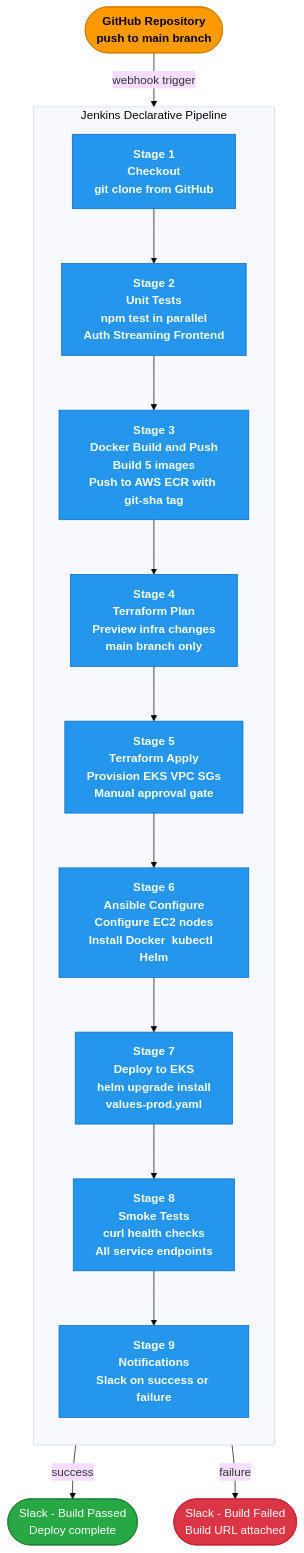
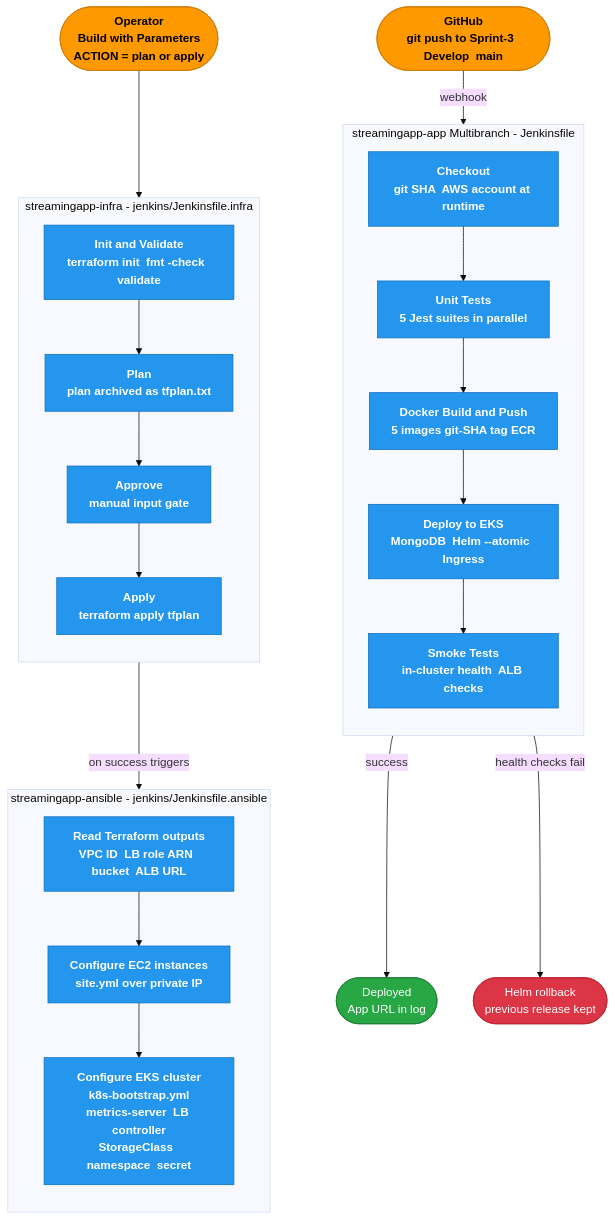
One commit to ApoorvaD90/StreamingApp changed the second of 4 diagrams in README.md. Above: the diagram before and after it, drawn with Mermaid (base theme). The commit also changed other lines of this file, not shown here.

````diff
--- a/README.md
+++ b/README.md
@@ -152,34 +151,48 @@
 ```mermaid
 flowchart TD
-    GH([GitHub Repository\npush to main branch])
+    OP([Operator\nBuild with Parameters\nACTION = plan or apply])
+    GH([GitHub\ngit push to Sprint-3  Develop  main])
 
-    GH -->|webhook trigger| S1
-
-    subgraph PIPE[Jenkins Declarative Pipeline]
+    subgraph INFRA[streamingapp-infra  -  jenkins/Jenkinsfile.infra]
         direction TB
-        S1[Stage 1\nCheckout\ngit clone from GitHub]
-        S2[Stage 2\nUnit Tests\nnpm test in parallel\nAuth  Streaming  Frontend]
-        S3[Stage 3\nDocker Build and Push\nBuild 5 images\nPush to AWS ECR with git-sha tag]
-        S4[Stage 4\nTerraform Plan\nPreview infra changes\nmain branch only]
-        S5[Stage 5\nTerraform Apply\nProvision EKS  VPC  SGs\nManual approval gate]
-        S6[Stage 6\nAnsible Configure\nConfigure EC2 nodes\nInstall Docker  kubectl  Helm]
-        S7[Stage 7\nDeploy to EKS\nhelm upgrade  install\nvalues-prod.yaml]
-        S8[Stage 8\nSmoke Tests\ncurl health checks\nAll service endpoints]
-        S9[Stage 9\nNotifications\nSlack on success or failure]
-
-        S1 --> S2 --> S3 --> S4 --> S5 --> S6 --> S7 --> S8 --> S9
+        I1[Init and Validate\nterraform init  fmt -check  validate]
+        I2[Plan\nplan archived as tfplan.txt]
+        I3[Approve\nmanual input gate]
+        I4[Apply\nterraform apply tfplan]
+        I1 --> I2 --> I3 --> I4
     end
 
-    S9 -->|success| SUCCESS([Slack - Build Passed\nDeploy complete])
-    S9 -->|failure| FAIL([Slack - Build Failed\nBuild URL attached])
+    subgraph ANSIBLE[streamingapp-ansible  -  jenkins/Jenkinsfile.ansible]
+        direction TB
+        A1[Read Terraform outputs\nVPC ID  LB role ARN  bucket  ALB URL]
+        A2[Configure EC2 instances\nsite.yml over private IP]
+        A3[Configure EKS cluster\nk8s-bootstrap.yml\nmetrics-server  LB controller\nStorageClass  namespace  secret]
+        A1 --> A2 --> A3
+    end
+
+    subgraph APPP[streamingapp-app  Multibranch  -  Jenkinsfile]
+        direction TB
+        S1[Checkout\ngit SHA  AWS account at runtime]
+        S2[Unit Tests\n5 Jest suites in parallel]
+        S3[Docker Build and Push\n5 images  git-SHA tag  ECR]
+        S4[Deploy to EKS\nMongoDB  Helm --atomic  Ingress]
+        S5[Smoke Tests\nin-cluster health  ALB checks]
+        S1 --> S2 --> S3 --> S4 --> S5
+    end
+
+    OP --> I1
+    I4 -->|on success triggers| A1
+    GH -->|webhook| S1
+    S5 -->|success| OK([Deployed\nApp URL in log])
+    S4 -->|health checks fail| RB([Helm rollback\nprevious release kept])
 
     classDef stage fill:#2496ED,stroke:#0d6ebd,color:#fff,font-weight:bold
     classDef trigger fill:#FF9900,stroke:#cc7a00,color:#000,font-weight:bold
     classDef result fill:#28a745,stroke:#1e7e34,color:#fff
     classDef fail fill:#dc3545,stroke:#bd2130,color:#fff
 
-    class S1,S2,S3,S4,S5,S6,S7,S8,S9 stage
-    class GH trigger
-    class SUCCESS result
-    class FAIL fail
+    class I1,I2,I3,I4,A1,A2,A3,S1,S2,S3,S4,S5 stage
+    class OP,GH trigger
+    class OK result
+    class RB fail
 ```
````
